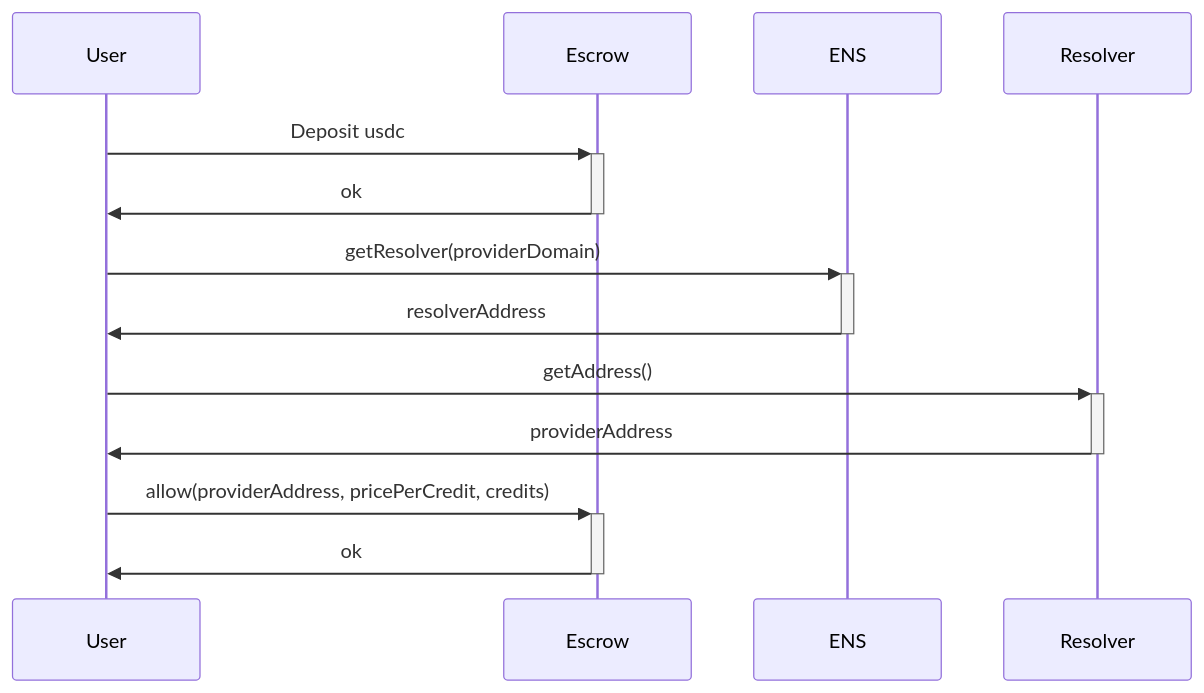
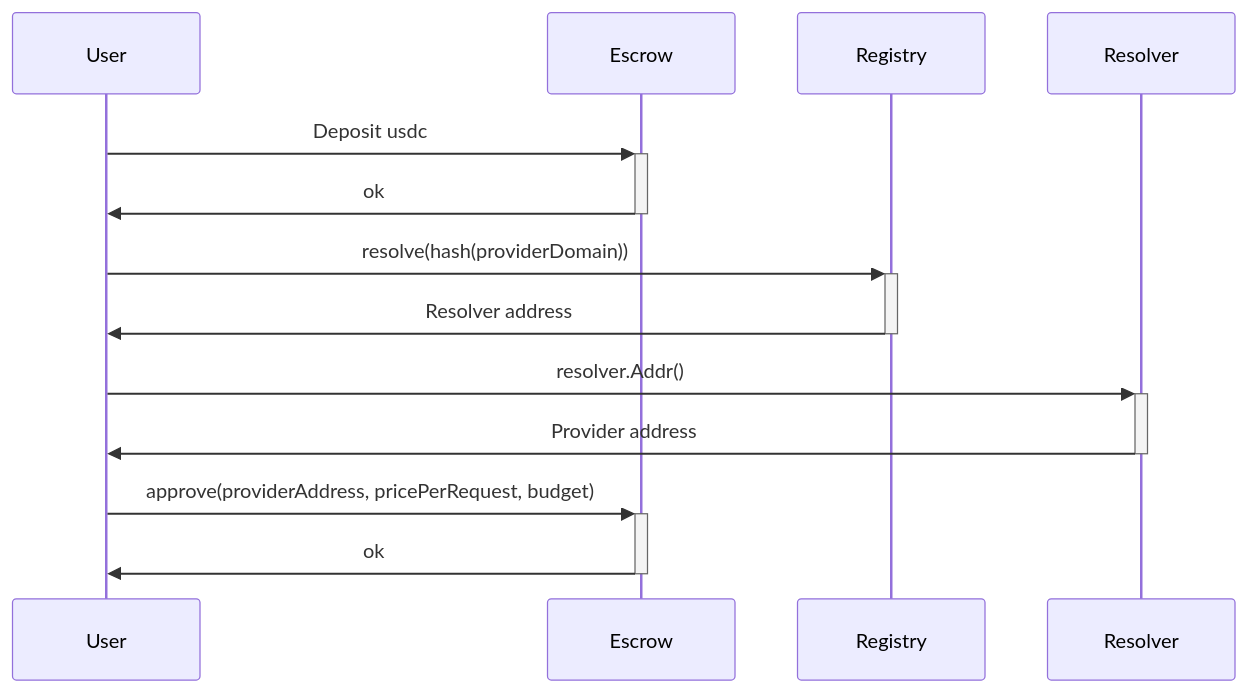
One commit to matzapata/ipfs-compute changed the first of 7 diagrams in README.md. Above: the diagram before and after it, drawn with Mermaid. The commit also changed other lines of this file and 1 other file, not shown here.

Commit message:
schema and utils

````diff
--- a/README.md
+++ b/README.md
@@ -25,11 +25,11 @@
 ```mermaid
 sequenceDiagram
     User->>+Escrow: Deposit usdc
     Escrow->>-User: ok
-    User->>+ENS: getResolver(providerDomain)
-    ENS->>-User: resolverAddress
-    User->>+Resolver: getAddress()
-    Resolver->>-User: providerAddress
-    User->>+Escrow: allow(providerAddress, pricePerCredit, credits)
+    User->>+Registry: resolve(hash(providerDomain))
+    Registry->>-User: Resolver address
+    User->>+Resolver: resolver.Addr()
+    Resolver->>-User: Provider address
+    User->>+Escrow: approve(providerAddress, pricePerRequest, budget)
     Escrow->>-User: ok
 ```
````
